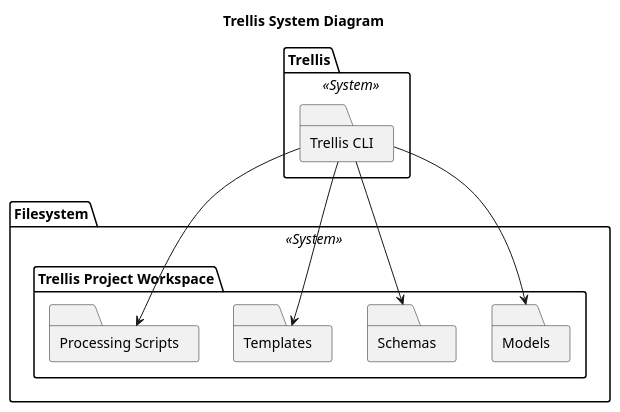
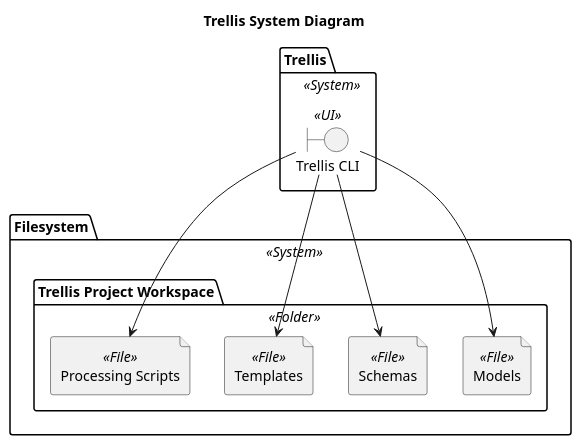
The second of 3 diagrams in output/System/trellis/Diagrams.puml (garrettsutula/example-trellis-project), drawn with PlantUML before and after one commit. The commit also changed 18 other files, not shown here.

```diff
--- a/output/System/trellis/Diagrams.puml
+++ b/output/System/trellis/Diagrams.puml
@@ -12,22 +12,22 @@
 @startuml Trellis Component Diagram
 title Trellis System Diagram
 
   package "Trellis" as Trellis <<System>> {
-    folder "Trellis CLI" as Trellis.TrellisCLI
+    boundary "Trellis CLI" as Trellis.TrellisCLI <<UI>>
   }
   package "Filesystem" as Filesystem <<System>> {
-    folder "Trellis Project Workspace" as Filesystem.TrellisProjectWorkspace {
-      folder "Models" as Filesystem.TrellisProjectWorkspace.Models
-      folder "Schemas" as Filesystem.TrellisProjectWorkspace.Schemas
-      folder "Templates" as Filesystem.TrellisProjectWorkspace.Templates
-      folder "Processing Scripts" as Filesystem.TrellisProjectWorkspace.ProcessingScripts
+    folder "Trellis Project Workspace" as Filesystem.TrellisProjectWorkspace <<Folder>> {
+      file "Models" as Filesystem.TrellisProjectWorkspace.Models <<File>>
+      file "Schemas" as Filesystem.TrellisProjectWorkspace.Schemas <<File>>
+      file "Templates" as Filesystem.TrellisProjectWorkspace.Templates <<File>>
+      file "Processing Scripts" as Filesystem.TrellisProjectWorkspace.ProcessingScripts <<File>>
     }
     
   }
 
   Trellis.TrellisCLI --> Filesystem.TrellisProjectWorkspace.Models
   Trellis.TrellisCLI --> Filesystem.TrellisProjectWorkspace.Schemas
   Trellis.TrellisCLI --> Filesystem.TrellisProjectWorkspace.Templates
   Trellis.TrellisCLI --> Filesystem.TrellisProjectWorkspace.ProcessingScripts
 
 @enduml
```
